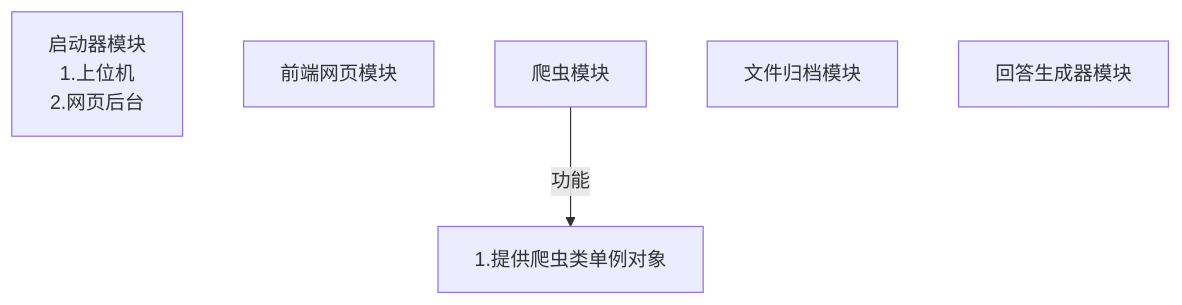
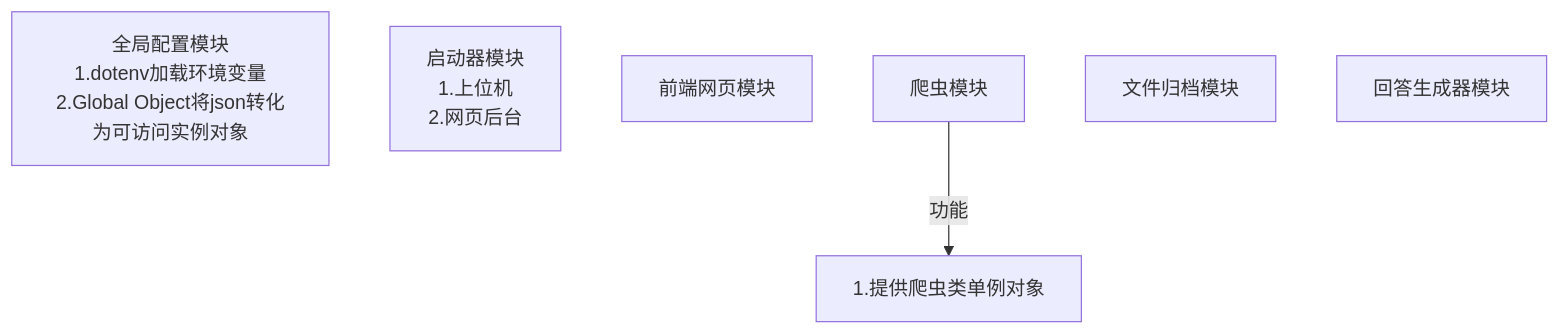
Before and after one commit to nmjxblw/STAT7008A_Final_Group_Project: the diagram in worksheet_zh-CN.md, drawn with Mermaid. The commit also changed 1 other file, not shown here.

Commit message:
modified:   paper_ai_agent/database_module/operations.py 	modified:   worksheet_zh-CN.md

````diff
--- a/worksheet_zh-CN.md
+++ b/worksheet_zh-CN.md
@@ -160,8 +160,9 @@
 ```mermaid
 graph TD
+  global_module[全局配置模块<br>1.dotenv加载环境变量<br>2.Global Object将json转化为可访问实例对象]
   launcher_module[启动器模块<br>1.上位机<br>2.网页后台]
   frontend_module[前端网页模块]
   clawer_module[爬虫模块<br>]-->|功能|clawer_api[1.提供爬虫类单例对象<br>]
   classifier_module[文件归档模块]
   generator_module[回答生成器模块]
 ```
````
